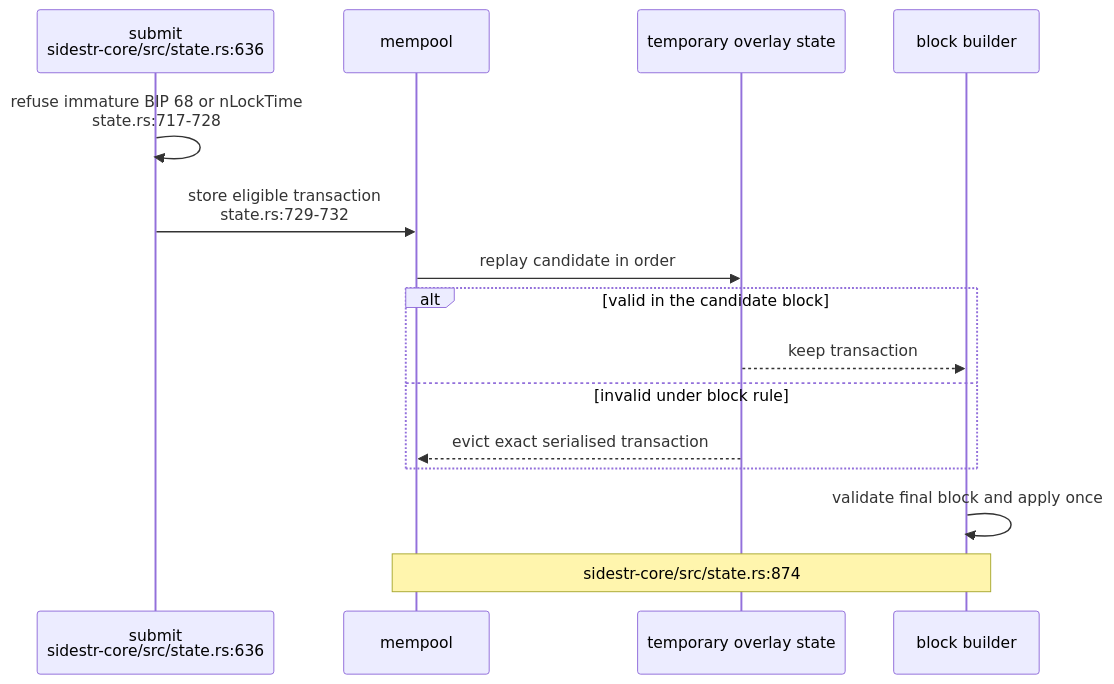
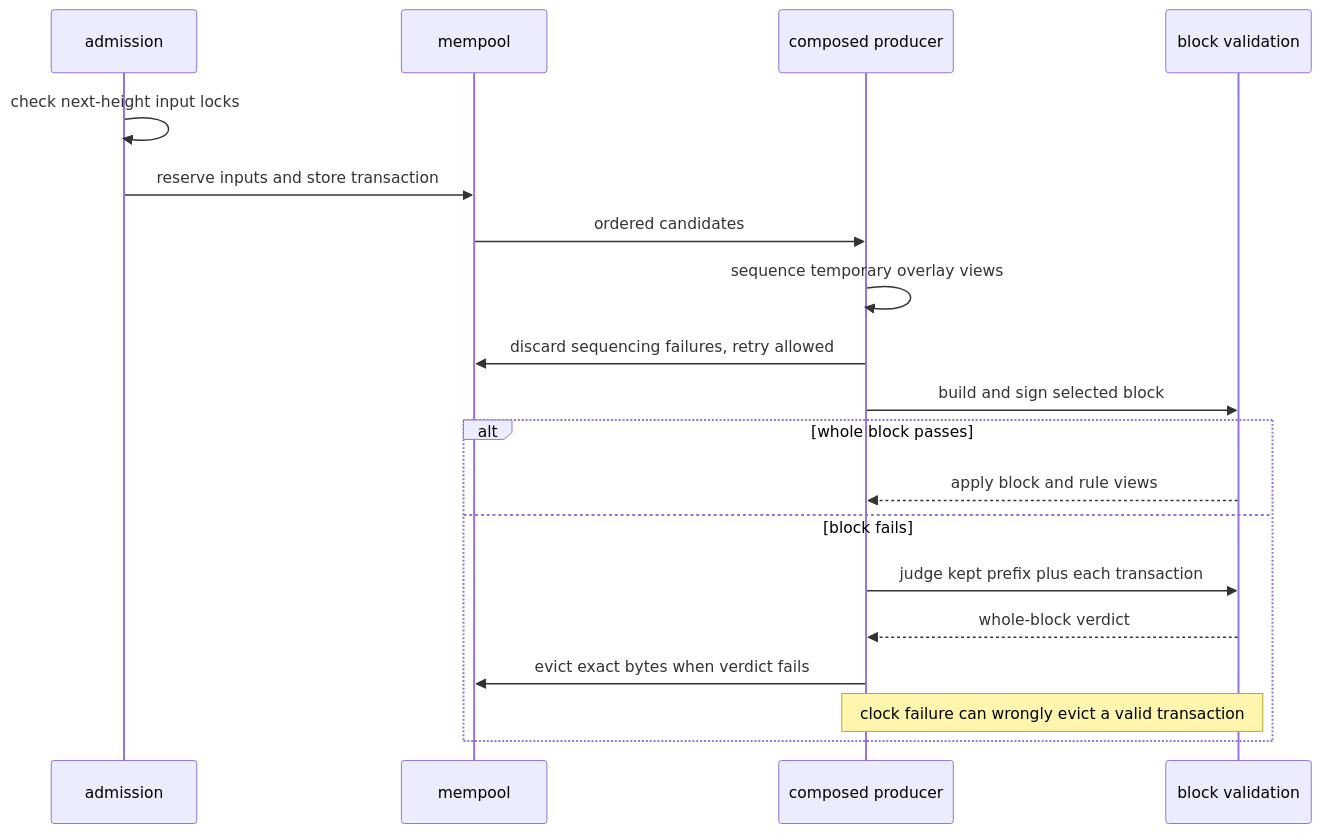
Before and after one commit to DreamLab-AI/VisionFlow: the fourth of 4 diagrams in docs/diagrams/sidestr-rs/02-assets-pools-markets-and-eviction.md, drawn with Mermaid. The commit also changed other lines of this file and 28 other files, not shown here.

Commit message:
Audit SideStr overlay state and producer rejection boundaries

````diff
--- a/docs/diagrams/sidestr-rs/02-assets-pools-markets-and-eviction.md
+++ b/docs/diagrams/sidestr-rs/02-assets-pools-markets-and-eviction.md
@@ -87,17 +94,21 @@
 ```mermaid
 sequenceDiagram
-    participant A as submit<br/>sidestr-core/src/state.rs:636
+    participant A as admission
     participant M as mempool
-    participant S as temporary overlay state
-    participant B as block builder
-    A->>A: refuse immature BIP 68 or nLockTime<br/>state.rs:717-728
-    A->>M: store eligible transaction<br/>state.rs:729-732
-    M->>S: replay candidate in order
-    alt valid in the candidate block
-        S-->>B: keep transaction
-    else invalid under block rule
-        S-->>M: evict exact serialised transaction
+    participant P as composed producer
+    participant B as block validation
+    A->>A: check next-height input locks
+    A->>M: reserve inputs and store transaction
+    M->>P: ordered candidates
+    P->>P: sequence temporary overlay views
+    P->>M: discard sequencing failures, retry allowed
+    P->>B: build and sign selected block
+    alt whole block passes
+        B-->>P: apply block and rule views
+    else block fails
+        P->>B: judge kept prefix plus each transaction
+        B-->>P: whole-block verdict
+        P->>M: evict exact bytes when verdict fails
+        Note over P,B: clock failure can wrongly evict a valid transaction
     end
-    B->>B: validate final block and apply once
-    Note over M,B: sidestr-core/src/state.rs:874
 ```
````
